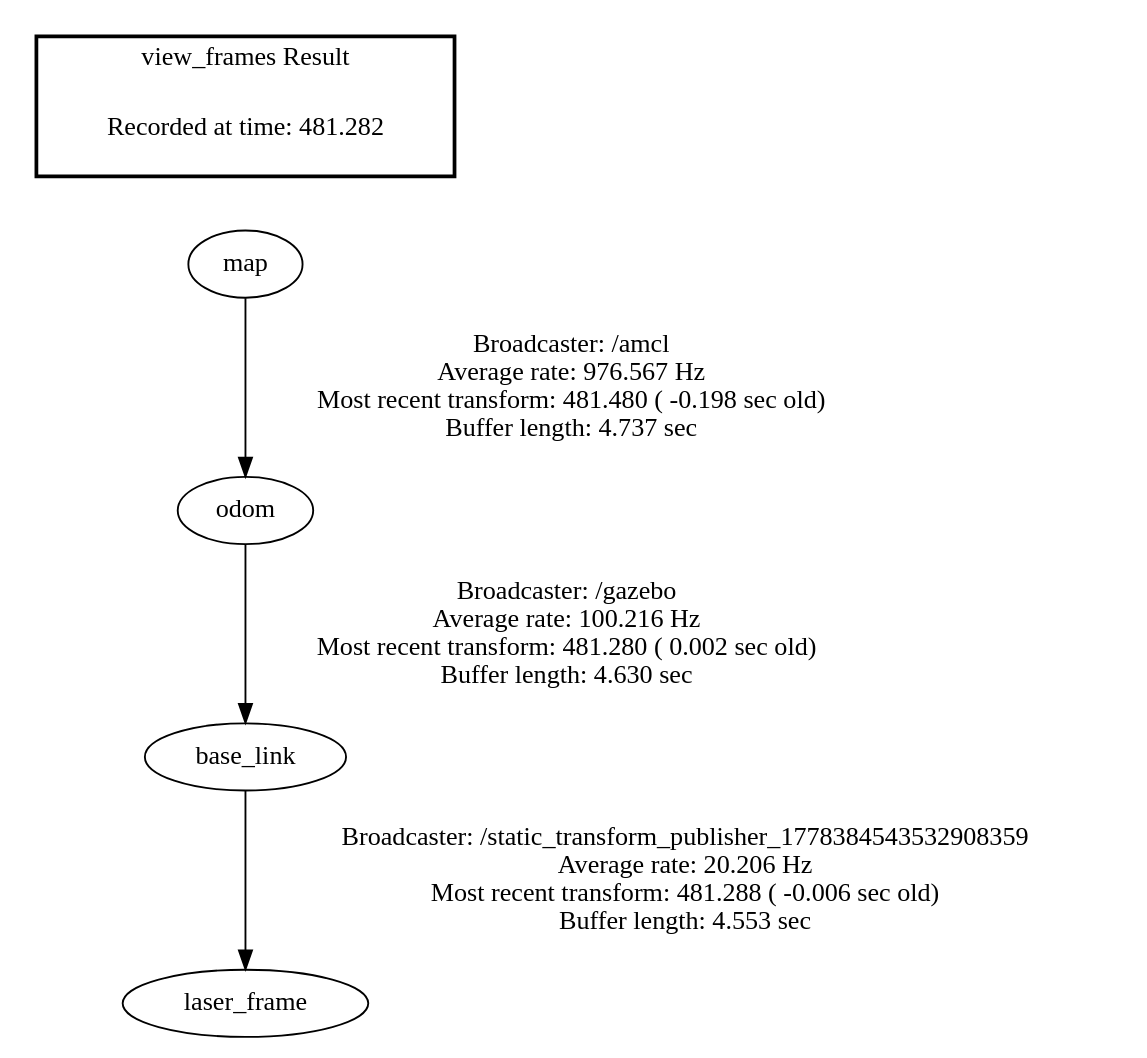
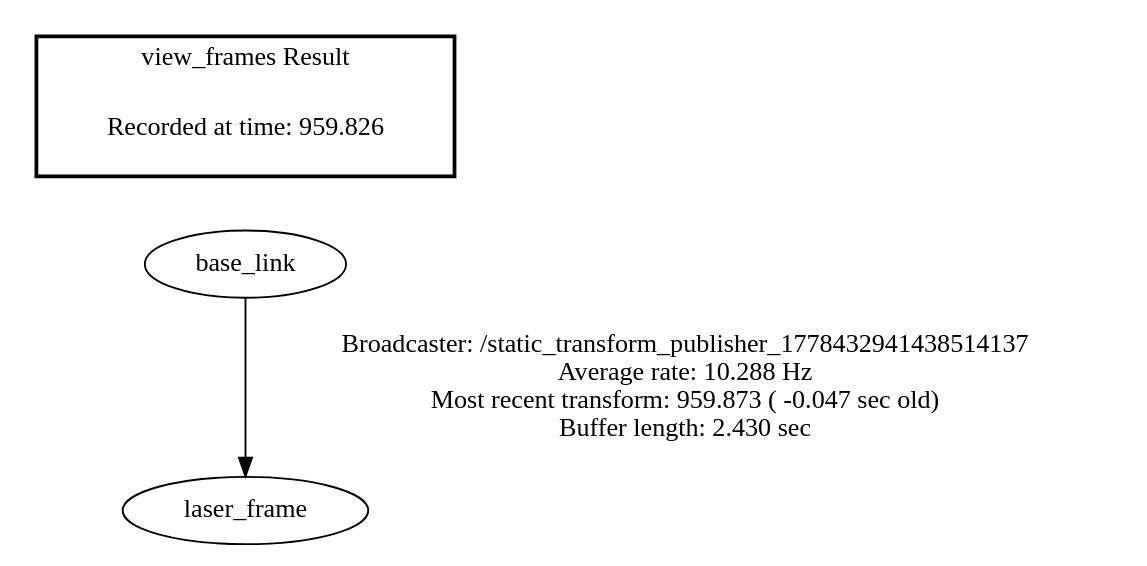
One commit to tionerJack/sistemas-2 changed the diagram in ros_ws/frames.gv. Above: the diagram before and after it, drawn with Graphviz. The commit also changed 28 other files, not shown here.

```diff
--- a/ros_ws/frames.gv
+++ b/ros_ws/frames.gv
@@ -1,9 +1,7 @@
 digraph G {
-"odom" -> "base_link"[label="Broadcaster: /gazebo\nAverage rate: 100.216 Hz\nMost recent transform: 481.280 ( 0.002 sec old)\nBuffer length: 4.630 sec\n"];
-"map" -> "odom"[label="Broadcaster: /amcl\nAverage rate: 976.567 Hz\nMost recent transform: 481.480 ( -0.198 sec old)\nBuffer length: 4.737 sec\n"];
-"base_link" -> "laser_frame"[label="Broadcaster: /static_transform_publisher_1778384543532908359\nAverage rate: 20.206 Hz\nMost recent transform: 481.288 ( -0.006 sec old)\nBuffer length: 4.553 sec\n"];
+"base_link" -> "laser_frame"[label="Broadcaster: /static_transform_publisher_1778432941438514137\nAverage rate: 10.288 Hz\nMost recent transform: 959.873 ( -0.047 sec old)\nBuffer length: 2.430 sec\n"];
 edge [style=invis];
  subgraph cluster_legend { style=bold; color=black; label ="view_frames Result";
-"Recorded at time: 481.282"[ shape=plaintext ] ;
- }->"map";
+"Recorded at time: 959.826"[ shape=plaintext ] ;
+ }->"base_link";
 }
```
